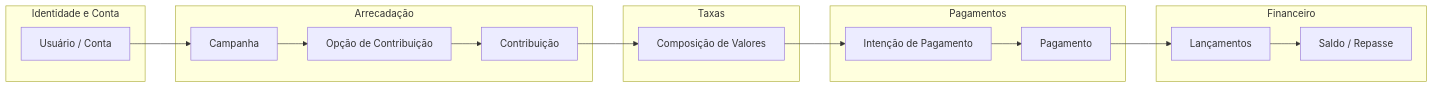
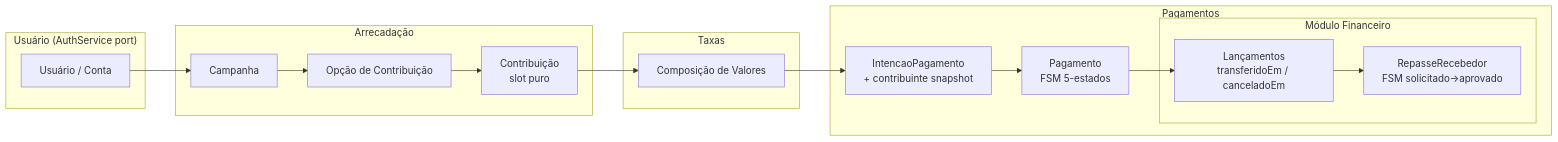
The diagram in ENGINE-DDD.md (FranciscoMateusVG/eunenem-engine), drawn with Mermaid before and after one commit. The commit also changed other lines of this file and 1 other file, not shown here.

First line of the commit message:
docs(contexts,ddd): refletir Plan 0015 (collapse) + BetterAuth (Pattern A) (#160)

````diff
--- a/ENGINE-DDD.md
+++ b/ENGINE-DDD.md
@@ -218,30 +258,30 @@
 ```mermaid
 flowchart LR
-  subgraph identidade["Identidade e Conta"]
+  subgraph identidade["Usuário (AuthService port)"]
     U[Usuário / Conta]
   end
   subgraph arrecadacao["Arrecadação"]
     C[Campanha]
     O[Opção de Contribuição]
-    Co[Contribuição]
+    Co[Contribuição<br/>slot puro]
   end
   subgraph taxas["Taxas"]
     Cmp[Composição de Valores]
   end
   subgraph pagamentos["Pagamentos"]
-    I[Intenção de Pagamento]
-    P[Pagamento]
-  end
-  subgraph financeiro["Financeiro"]
-    L[Lançamentos]
-    S[Saldo / Repasse]
+    I[IntencaoPagamento<br/>+ contribuinte snapshot]
+    P[Pagamento<br/>FSM 5-estados]
+    subgraph financeiro["Módulo Financeiro"]
+      L[Lançamentos<br/>transferidoEm / canceladoEm]
+      R[RepasseRecebedor<br/>FSM solicitado→aprovado]
+    end
   end
   U --> C
   C --> O
   O --> Co
   Co --> Cmp
   Cmp --> I
   I --> P
   P --> L
-  L --> S
+  L --> R
 ```
````
